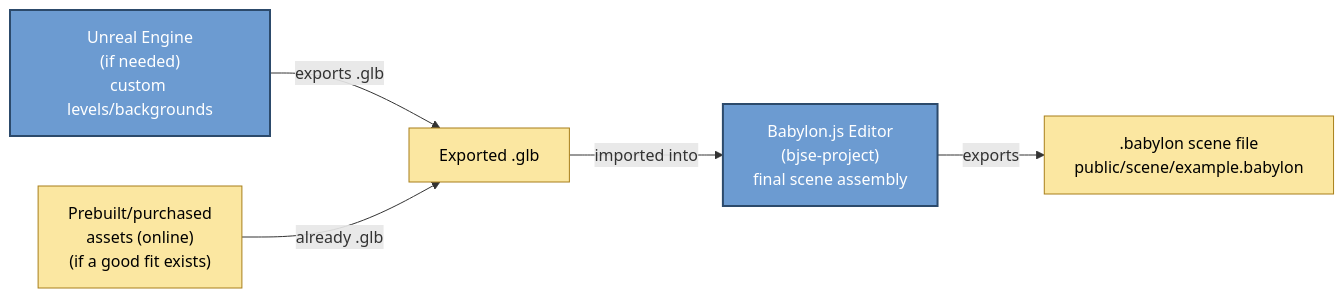
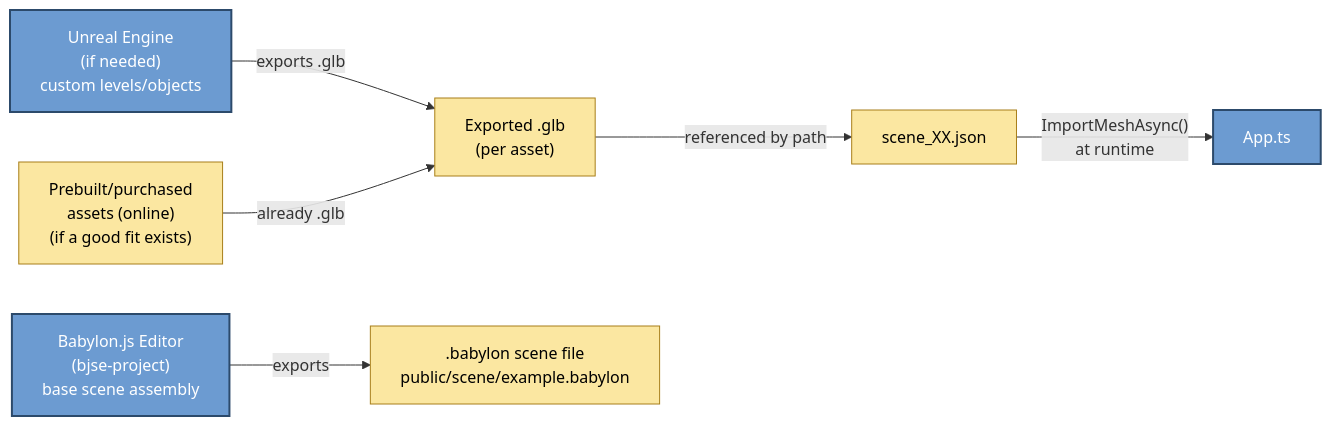
One commit to SBU-VRET/VRET-Project changed the third of 8 diagrams in docs/TECH_PIPELINE.md. Above: the diagram before and after it, drawn with Mermaid. The commit also changed other lines of this file and 8 other files, not shown here.

````diff
--- a/docs/TECH_PIPELINE.md
+++ b/docs/TECH_PIPELINE.md
@@ -58,12 +58,13 @@
 ```mermaid
 flowchart LR
-    Unreal["Unreal Engine<br/>(if needed)<br/>custom levels/backgrounds"] -->|"exports .glb"| GLB["Exported .glb"]
+    Unreal["Unreal Engine<br/>(if needed)<br/>custom levels/objects"] -->|"exports .glb"| GLB["Exported .glb<br/>(per asset)"]
     Prebuilt["Prebuilt/purchased<br/>assets (online)<br/>(if a good fit exists)"] -->|"already .glb"| GLB
-    GLB -->|"imported into"| BJSE["Babylon.js Editor<br/>(bjse-project)<br/>final scene assembly"]
-    BJSE -->|exports| BabylonScene[".babylon scene file<br/>public/scene/example.babylon"]
+    GLB -->|"referenced by path"| SceneJSON["scene_XX.json"]
+    SceneJSON -->|"ImportMeshAsync()<br/>at runtime"| AppTS["App.ts"]
+    BJSE["Babylon.js Editor<br/>(bjse-project)<br/>base scene assembly"] -->|exports| BabylonScene[".babylon scene file<br/>public/scene/example.babylon"]
 
     classDef tool fill:#6c9bd1,stroke:#2c4a6b,stroke-width:2px,color:#fff;
     classDef artifact fill:#fbe7a1,stroke:#a87f1a,stroke-width:1px,color:#000;
-    class Unreal,BJSE tool
-    class GLB,Prebuilt,BabylonScene artifact
+    class Unreal,BJSE,AppTS tool
+    class GLB,Prebuilt,BabylonScene,SceneJSON artifact
 ```
````
